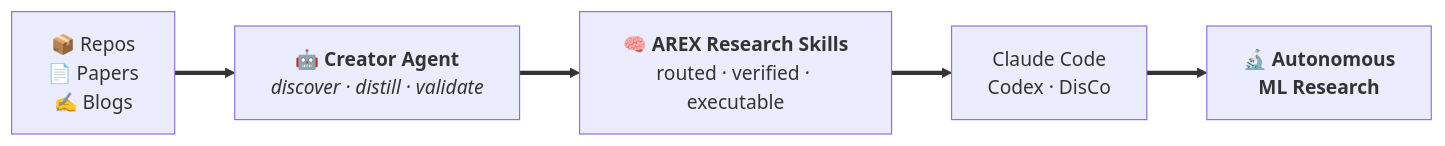
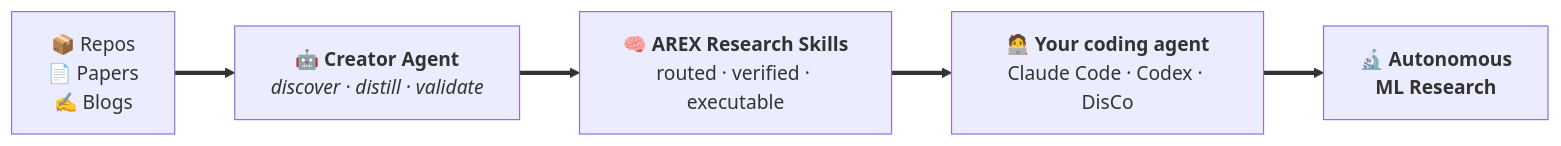
Before and after one commit to Lolo1222/AREX-Skill: the first of 5 diagrams in README.md, drawn with Mermaid. The commit also changed other lines of this file and 1 other file, not shown here.

First line of the commit message:
docs: first-screen value proposition, richer diagrams, unlink private report

````diff
--- a/README.md
+++ b/README.md
@@ -23,7 +23,7 @@
 ```mermaid
 flowchart LR
     A["📦 Repos<br>📄 Papers<br>✍️ Blogs"] ==> B["🤖 <b>Creator Agent</b><br><i>discover · distill · validate</i>"]
     B ==> C["🧠 <b>AREX Research Skills</b><br>routed · verified · executable"]
-    C ==> D["Claude Code<br>Codex · DisCo"]
+    C ==> D["🧑‍💻 <b>Your coding agent</b><br>Claude Code · Codex · DisCo"]
     D ==> E["🔬 <b>Autonomous<br>ML Research</b>"]
 ```
````
